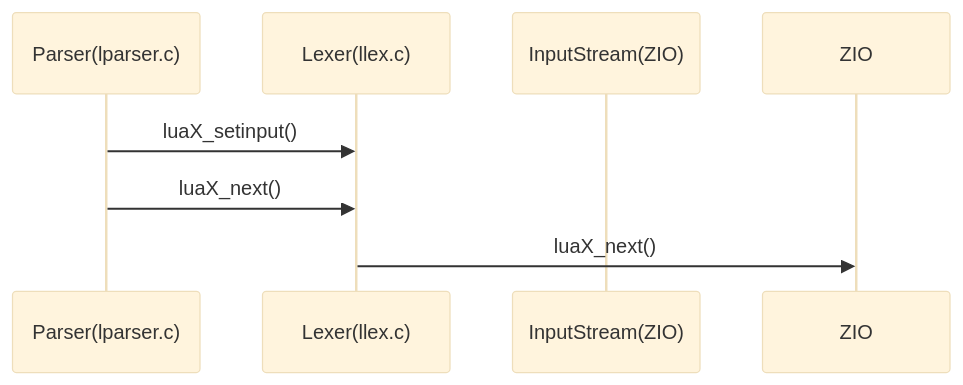
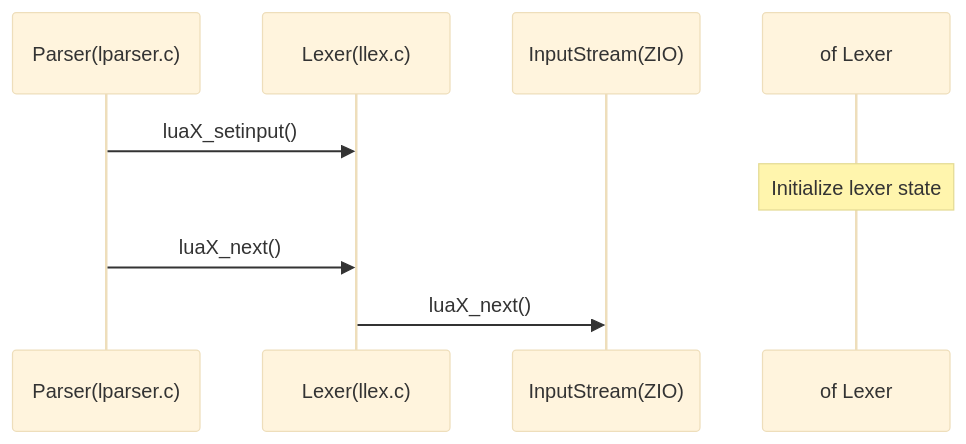
One commit to takeshiD/rua changed the diagram in LUA_MEMO.md. Above: the diagram before and after it, drawn with Mermaid (base theme).

````diff
--- a/LUA_MEMO.md
+++ b/LUA_MEMO.md
@@ -144,9 +144,10 @@
 ```mermaid
 sequenceDiagram
     participant Parser as Parser(lparser.c)
     participant Lexer as Lexer(llex.c)
     participant InputStream as InputStream(ZIO)
     Parser ->> Lexer: luaX_setinput()
+    Note over of Lexer: Initialize lexer state
     Parser ->> Lexer: luaX_next()
-    Lexer ->> ZIO: luaX_next()
+    Lexer ->> InputStream: luaX_next()
 ```
````
